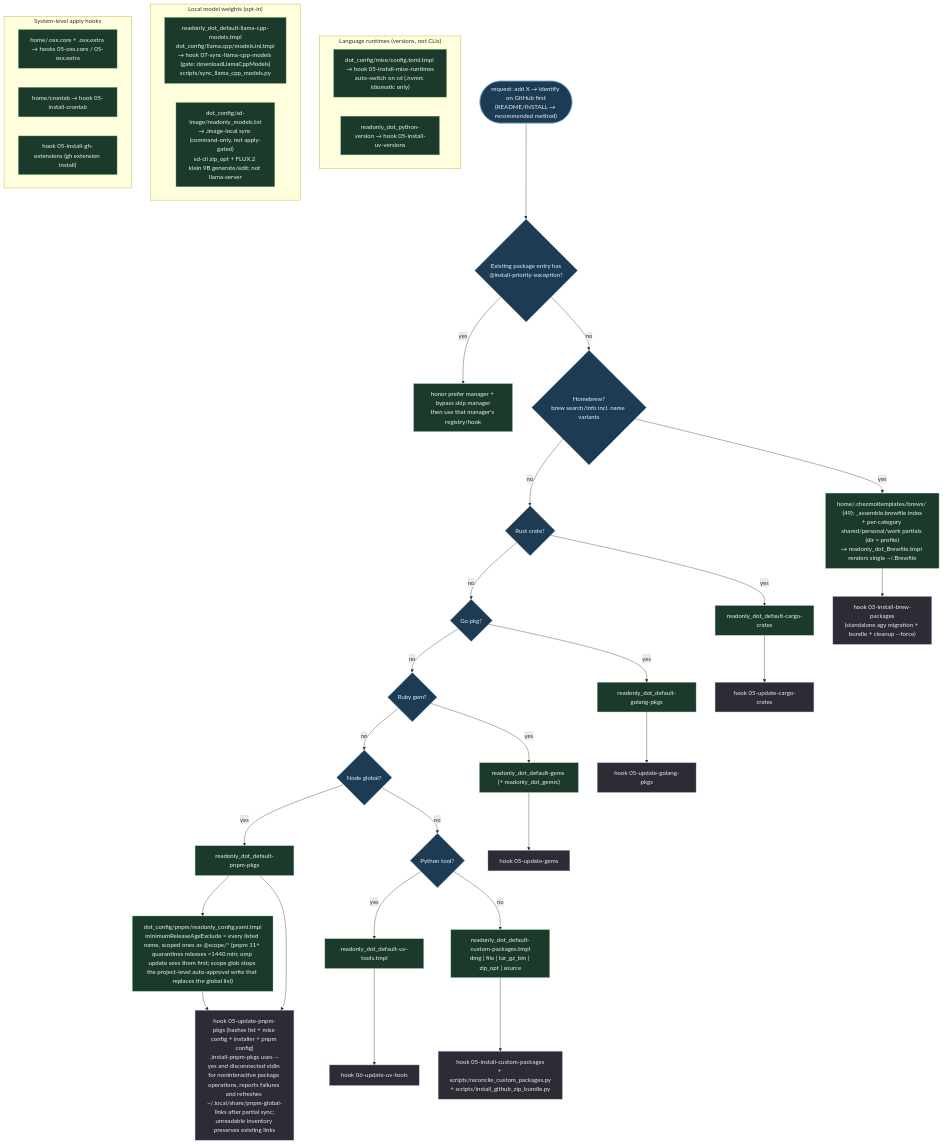
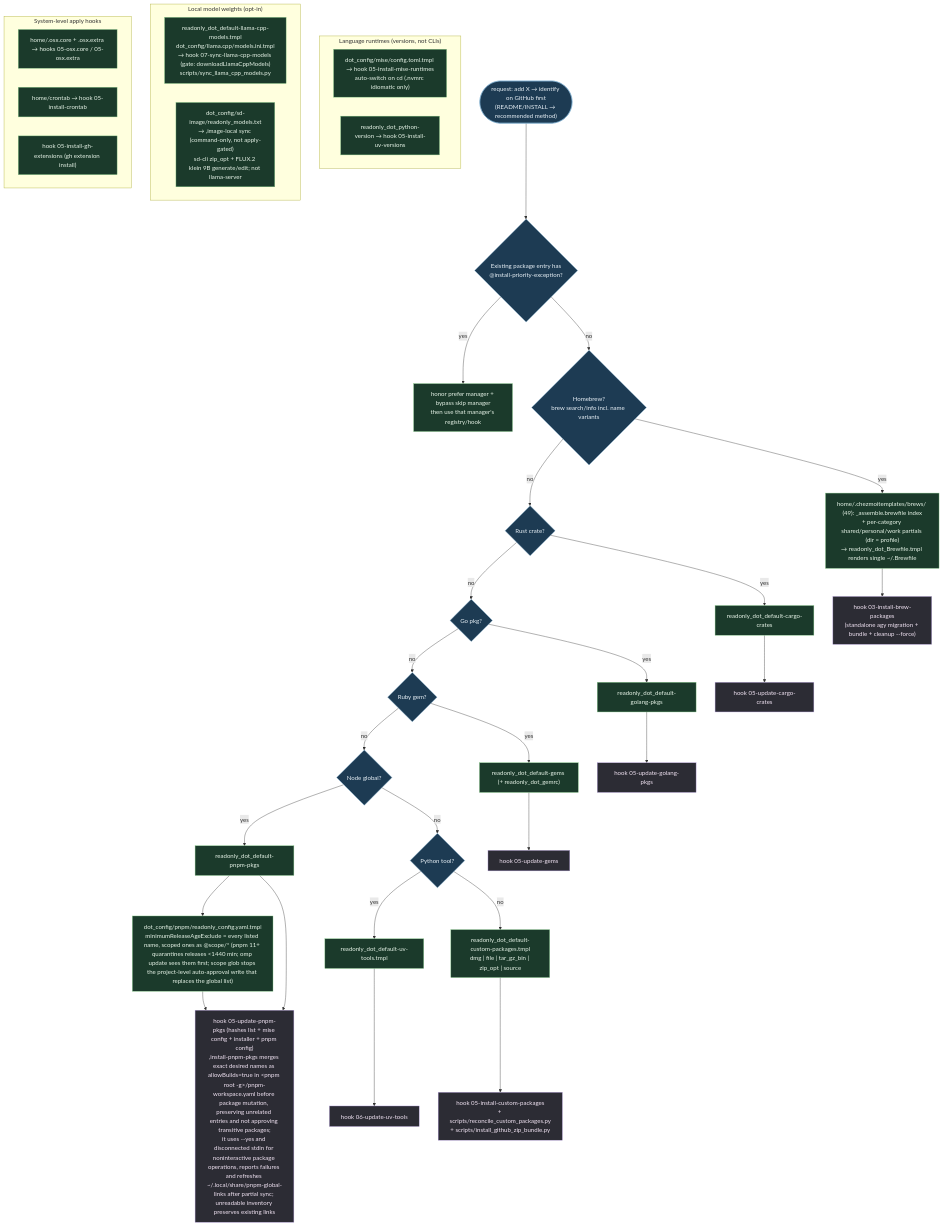
Before and after one commit to kapral18/dotfiles: the diagram in .mermaids/02-package-management.mmd, drawn with Mermaid. The commit also changed 80 other files, not shown here.

```diff
--- a/.mermaids/02-package-management.mmd
+++ b/.mermaids/02-package-management.mmd
@@ -1,54 +1,54 @@
 %% ============================================================================
 %% 02-package-management.mmd — "add X" decision ladder + every declarative
 %% package list and its sync hook. Honor colocated priority exceptions, otherwise
 %% stop at the first suitable match top-down.
 %% Lists live at home/readonly_dot_default-* (deployed to ~/.default-*).
 %% ============================================================================
 flowchart TD
     classDef q fill:#1d3b53,stroke:#7fb3d5,color:#eaf2f8;
     classDef reg fill:#1b3a2b,stroke:#81c784,color:#e8f5e9;
     classDef hook fill:#2c2c34,stroke:#b39ddb,color:#f3e5f5;
 
     ADD(["request: add X → identify on GitHub first<br/>(README/INSTALL → recommended method)"]):::q
 
     ADD --> EXCEPTION{"Existing package entry has<br/>@install-priority-exception?"}:::q
     EXCEPTION -- yes --> OVERRIDE["honor prefer manager + bypass skip manager<br/>then use that manager's registry/hook"]:::reg
     EXCEPTION -- no --> BREW{"Homebrew?<br/>brew search/info incl. name variants"}:::q
     BREW -- yes --> BREWF["home/.chezmoitemplates/brews/ (49): _assemble.brewfile index<br/>+ per-category shared/personal/work partials (dir = profile)<br/>→ readonly_dot_Brewfile.tmpl renders single ~/.Brewfile"]:::reg
     BREW -- no --> CARGO{Rust crate?}:::q
     CARGO -- yes --> CARGOF["readonly_dot_default-cargo-crates"]:::reg
     CARGO -- no --> GO{Go pkg?}:::q
     GO -- yes --> GOF["readonly_dot_default-golang-pkgs"]:::reg
     GO -- no --> GEM{Ruby gem?}:::q
     GEM -- yes --> GEMF["readonly_dot_default-gems (+ readonly_dot_gemrc)"]:::reg
     GEM -- no --> PNPM{Node global?}:::q
     PNPM -- yes --> PNPMF["readonly_dot_default-pnpm-pkgs"]:::reg
     PNPM -- no --> UV{Python tool?}:::q
     UV -- yes --> UVF["readonly_dot_default-uv-tools.tmpl"]:::reg
     UV -- no --> CUSTOM["readonly_dot_default-custom-packages.tmpl<br/>dmg | file | tar_gz_bin | zip_opt | source"]:::reg
 
     BREWF --> H3["hook 03-install-brew-packages<br/>(standalone agy migration + bundle + cleanup --force)"]:::hook
     CARGOF --> H5c["hook 05-update-cargo-crates"]:::hook
     GOF --> H5g["hook 05-update-golang-pkgs"]:::hook
     GEMF --> H5r["hook 05-update-gems"]:::hook
     PNPMF --> PNPMCFG["dot_config/pnpm/readonly_config.yaml.tmpl<br/>minimumReleaseAgeExclude = every listed name, scoped ones as @scope/* (pnpm 11+ quarantines releases &lt;1440 min; omp update sees them first; scope glob stops the project-level auto-approval write that replaces the global list)"]:::reg
     PNPMCFG --> H5p
-    PNPMF --> H5p["hook 05-update-pnpm-pkgs (hashes list + mise config + installer + pnpm config)<br/>,install-pnpm-pkgs uses --yes and disconnected stdin for noninteractive package operations, reports failures and refreshes ~/.local/share/pnpm-global-links after partial sync;<br/>unreadable inventory preserves existing links"]:::hook
+    PNPMF --> H5p["hook 05-update-pnpm-pkgs (hashes list + mise config + installer + pnpm config)<br/>,install-pnpm-pkgs merges exact desired names as allowBuilds=true in &lt;pnpm root -g&gt;/pnpm-workspace.yaml before package mutation, preserving unrelated entries and not approving transitive packages;<br/>it uses --yes and disconnected stdin for noninteractive package operations, reports failures and refreshes ~/.local/share/pnpm-global-links after partial sync; unreadable inventory preserves existing links"]:::hook
     UVF --> H6["hook 06-update-uv-tools"]:::hook
     CUSTOM --> H5x["hook 05-install-custom-packages<br/>+ scripts/reconcile_custom_packages.py<br/>+ scripts/install_github_zip_bundle.py"]:::hook
 
     subgraph RUNTIMES["Language runtimes (versions, not CLIs)"]
         MISE["dot_config/mise/config.toml.tmpl → hook 05-install-mise-runtimes<br/>auto-switch on cd (.nvmrc idiomatic only)"]:::reg
         PYV["readonly_dot_python-version → hook 05-install-uv-versions"]:::reg
     end
 
     subgraph LOCALAI["Local model weights (opt-in)"]
         LLAMA["readonly_dot_default-llama-cpp-models.tmpl<br/>dot_config/llama.cpp/models.ini.tmpl<br/>→ hook 07-sync-llama-cpp-models (gate: downloadLlamaCppModels)<br/>scripts/sync_llama_cpp_models.py"]:::reg
         SDIMAGE["dot_config/sd-image/readonly_models.txt<br/>→ ,image-local sync (command-only, not apply-gated)<br/>sd-cli zip_opt + FLUX.2 klein 9B generate/edit; not llama-server"]:::reg
     end
 
     subgraph SYSTEM["System-level apply hooks"]
         OSX["home/.osx.core + .osx.extra → hooks 05-osx.core / 05-osx.extra"]:::reg
         CRON["home/crontab → hook 05-install-crontab"]:::reg
         GHEXT["hook 05-install-gh-extensions (gh extension install)"]:::reg
     end
```
